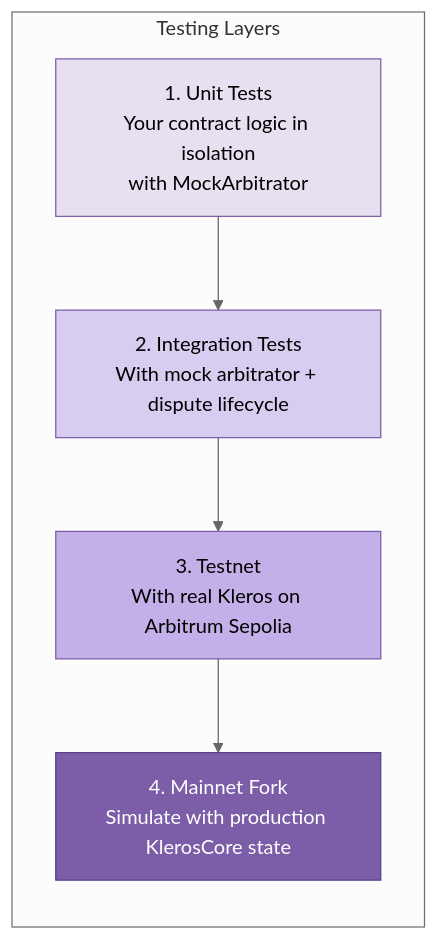
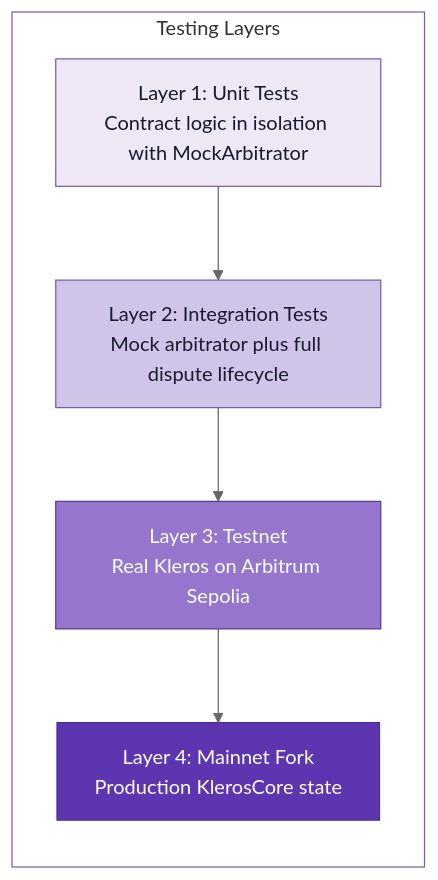
One commit to kleros/docs changed the diagram in developers/arbitrable-apps/arbitrable-testing.mdx. Above: the diagram before and after it, drawn with Mermaid (neutral theme). The commit also changed 16 other files, not shown here.

````diff
--- a/developers/arbitrable-apps/arbitrable-testing.mdx
+++ b/developers/arbitrable-apps/arbitrable-testing.mdx
@@ -10,15 +10,16 @@
 ```mermaid
 graph TB
-    subgraph Testing Layers
+    subgraph TL["Testing Layers"]
         direction TB
-        L1["1. Unit Tests<br/>Your contract logic in isolation<br/>with MockArbitrator"]
-        L2["2. Integration Tests<br/>With mock arbitrator + dispute lifecycle"]
-        L3["3. Testnet<br/>With real Kleros on Arbitrum Sepolia"]
-        L4["4. Mainnet Fork<br/>Simulate with production KlerosCore state"]
+        L1["Layer 1: Unit Tests<br/>Contract logic in isolation with MockArbitrator"]
+        L2["Layer 2: Integration Tests<br/>Mock arbitrator plus full dispute lifecycle"]
+        L3["Layer 3: Testnet<br/>Real Kleros on Arbitrum Sepolia"]
+        L4["Layer 4: Mainnet Fork<br/>Production KlerosCore state"]
+        L1 --> L2 --> L3 --> L4
     end
-    L1 --> L2 --> L3 --> L4
-    style L1 fill:#e8e0f0,stroke:#7b5ea7
-    style L2 fill:#d8ccf0,stroke:#7b5ea7
-    style L3 fill:#c4b0e8,stroke:#7b5ea7
-    style L4 fill:#7b5ea7,color:#fff,stroke:#5a3d8a
+    style TL fill:transparent,stroke:#7b5ea7
+    style L1 fill:#ede7f6,stroke:#7b5ea7,color:#1a1a2e
+    style L2 fill:#d1c4e9,stroke:#7b5ea7,color:#1a1a2e
+    style L3 fill:#9575cd,stroke:#5a3d8a,color:#ffffff
+    style L4 fill:#5e35b1,stroke:#4a2d91,color:#ffffff
 ```
````
